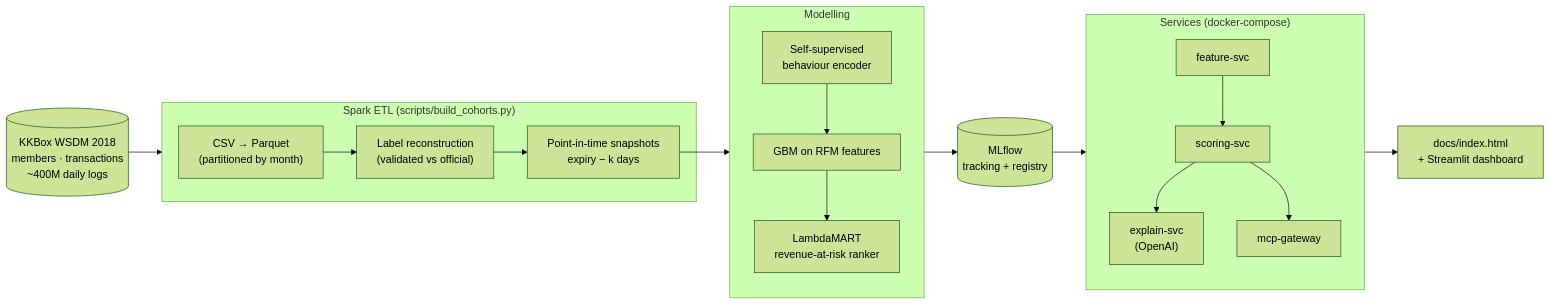
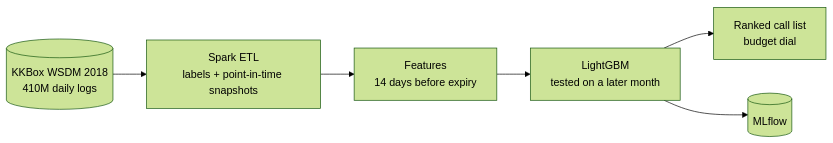
One commit to sabrinapribadi/subscription-churn-at-scale changed the diagram in README.md. Above: the diagram before and after it, drawn with Mermaid (forest theme). The commit also changed other lines of this file and 16 other files, not shown here.

````diff
--- a/README.md
+++ b/README.md
@@ -19,23 +37,8 @@
 ```mermaid
 flowchart LR
-    A[("KKBox WSDM 2018\nmembers · transactions\n~400M daily logs")] --> B
-    subgraph B ["Spark ETL (scripts/build_cohorts.py)"]
-        B1["CSV → Parquet\n(partitioned by month)"] --> B2["Label reconstruction\n(validated vs official)"]
-        B2 --> B3["Point-in-time snapshots\nexpiry − k days"]
-    end
-    B3 --> C
-    subgraph C ["Modelling"]
-        C1["GBM on RFM features"]
-        C2["Self-supervised\nbehaviour encoder"]
-        C2 --> C1
-        C1 --> C3["LambdaMART\nrevenue-at-risk ranker"]
-    end
-    C --> D[("MLflow\ntracking + registry")]
-    D --> E
-    subgraph E ["Services (docker-compose)"]
-        E1["feature-svc"] --> E2["scoring-svc"]
-        E2 --> E3["explain-svc\n(OpenAI)"]
-        E2 --> E4["mcp-gateway"]
-    end
-    E --> F["docs/index.html\n+ Streamlit dashboard"]
+    A[("KKBox WSDM 2018<br/>410M daily logs")] --> B["Spark ETL<br/>labels + point-in-time snapshots"]
+    B --> C["Features<br/>14 days before expiry"]
+    C --> D["LightGBM<br/>tested on a later month"]
+    D --> E["Ranked call list<br/>budget dial"]
+    D --> F[("MLflow")]
 ```
````
